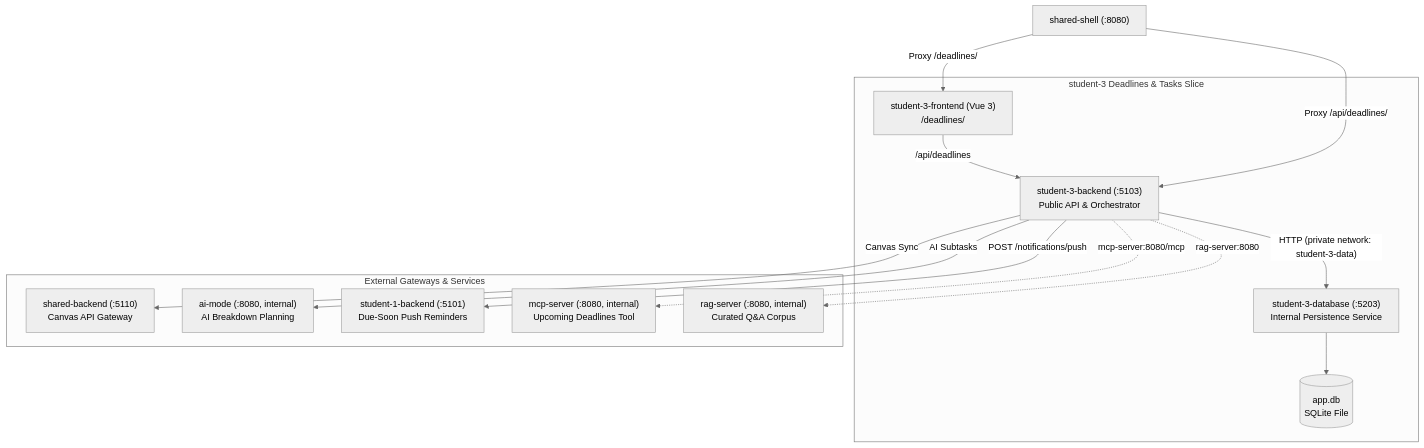
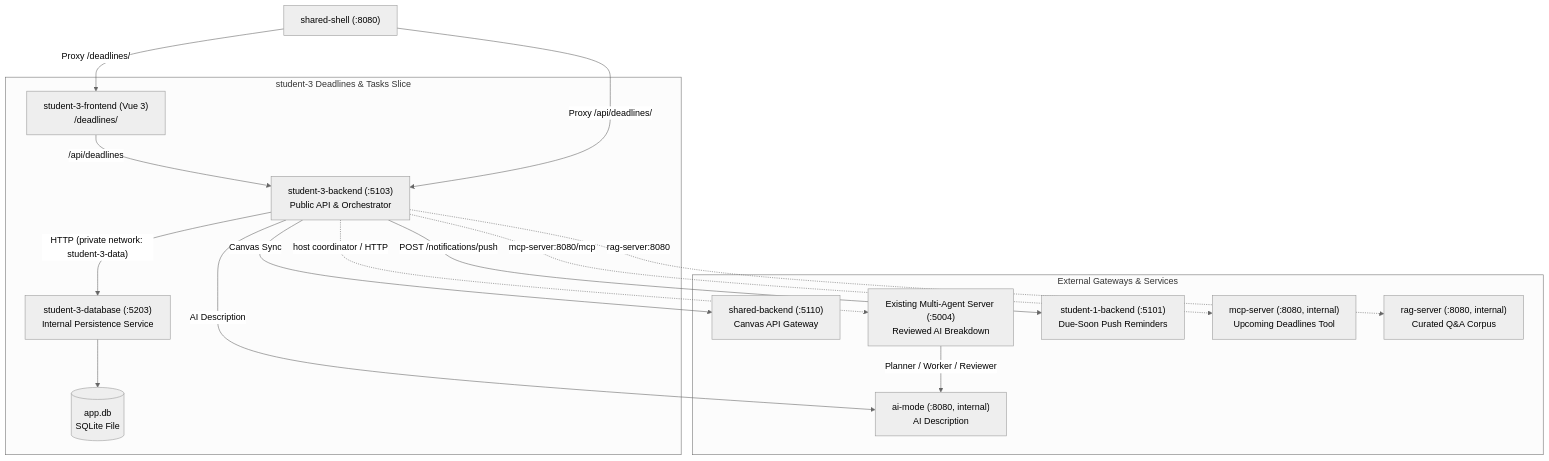
The diagram in student-3/README.md (AmAComputerNerd/41026--software-development-project), drawn with Mermaid (neutral theme) before and after one commit. The commit also changed other lines of this file and 31 other files, not shown here.

Commit message:
Use multi agent server in Deadlines AI Breakdown tool

````diff
--- a/student-3/README.md
+++ b/student-3/README.md
@@ -36,32 +86,35 @@
 ```mermaid
 flowchart TD
     Shell["shared-shell (:8080)"]
 
     subgraph Student3Slice["student-3 Deadlines & Tasks Slice"]
         FE["student-3-frontend (Vue 3)<br>/deadlines/"]
         BE["student-3-backend (:5103)<br>Public API & Orchestrator"]
         DB["student-3-database (:5203)<br>Internal Persistence Service"]
         Storage[("app.db<br>SQLite File")]
         
         FE -- "/api/deadlines" --> BE
         BE -- "HTTP (private network: student-3-data)" --> DB
         DB --> Storage
     end
 
     subgraph ExternalIntegrations["External Gateways & Services"]
         SB["shared-backend (:5110)<br>Canvas API Gateway"]
-        AIM["ai-mode (:8080, internal)<br>AI Breakdown Planning"]
+        AIM["ai-mode (:8080, internal)<br>AI Description"]
+        MA["Existing Multi-Agent Server (:5004)<br>Reviewed AI Breakdown"]
         S1["student-1-backend (:5101)<br>Due-Soon Push Reminders"]
         MCP["mcp-server (:8080, internal)<br>Upcoming Deadlines Tool"]
         RAG["rag-server (:8080, internal)<br>Curated Q&A Corpus"]
     end
 
     Shell -- "Proxy /deadlines/" --> FE
     Shell -- "Proxy /api/deadlines/" --> BE
 
     BE -- "Canvas Sync" --> SB
-    BE -- "AI Subtasks" --> AIM
+    BE -- "AI Description" --> AIM
     BE -- "POST /notifications/push" --> S1
     BE -. "mcp-server:8080/mcp" .-> MCP
     BE -. "rag-server:8080" .-> RAG
+    BE -. "host coordinator / HTTP" .-> MA
+    MA -- "Planner / Worker / Reviewer" --> AIM
 ```
````
